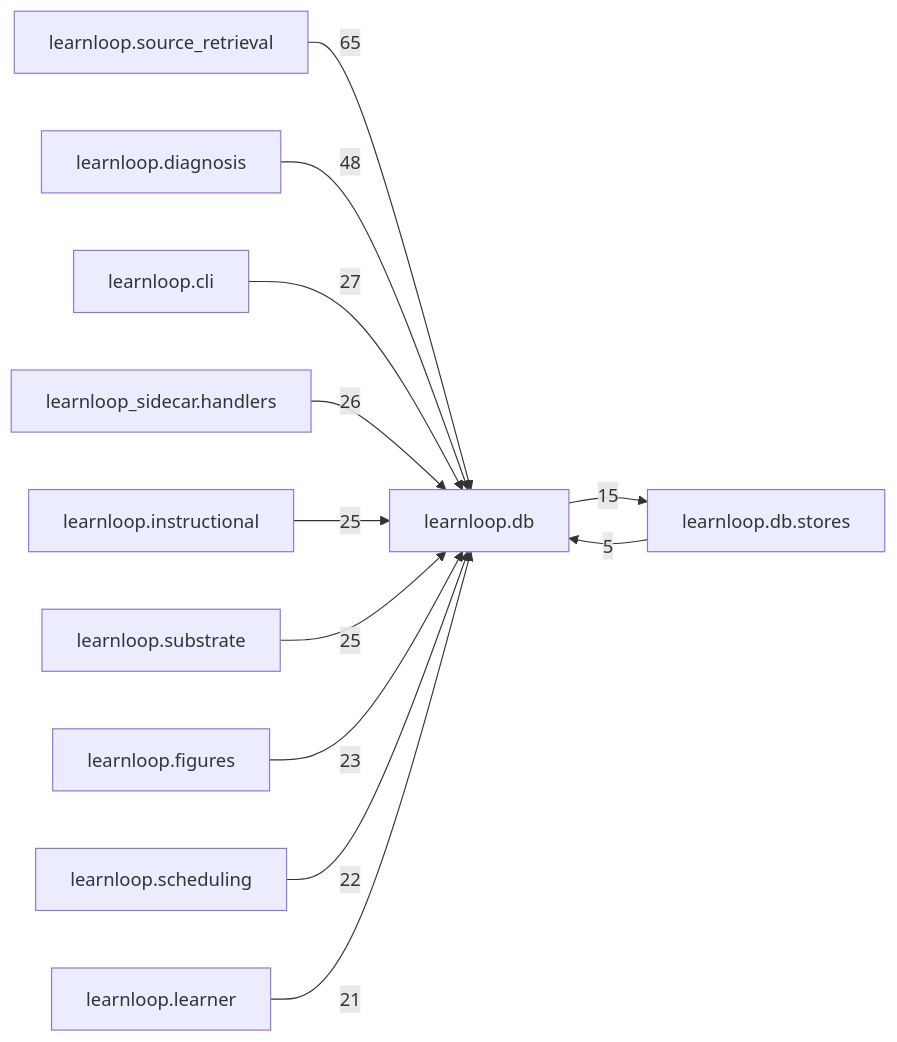
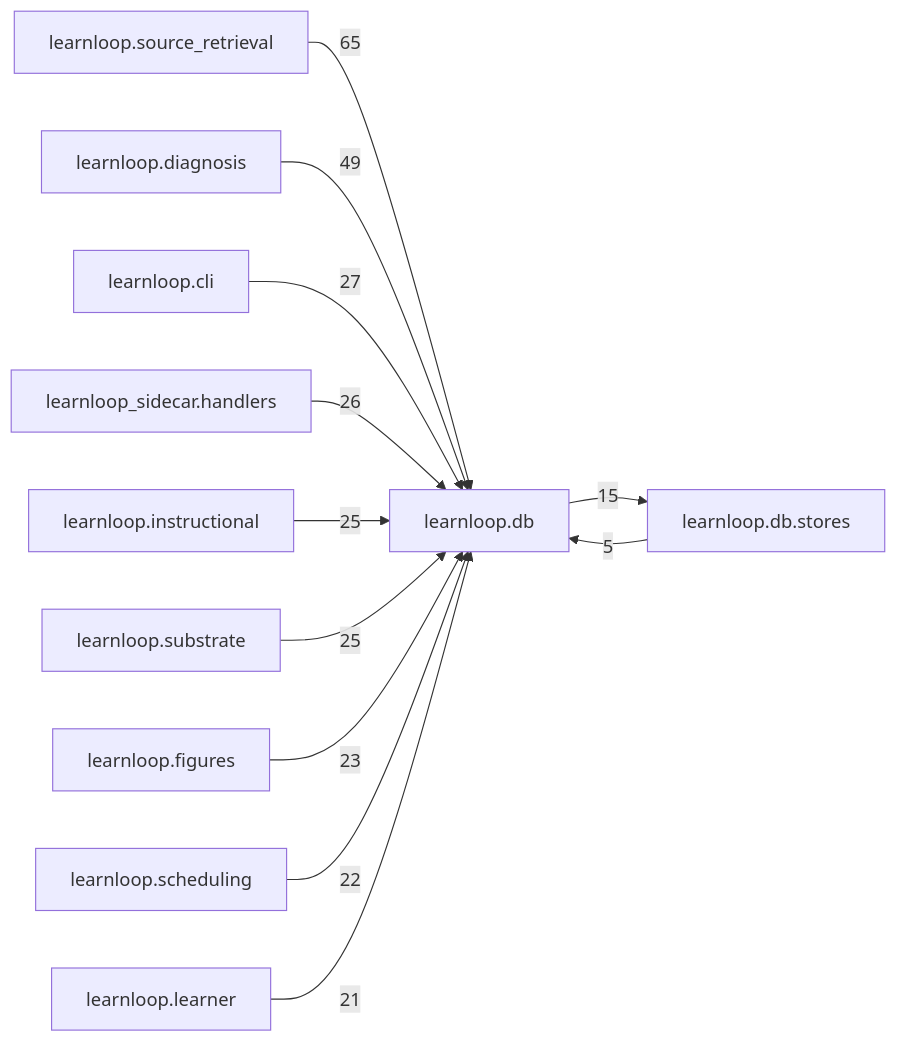
The diagram in docs/learnloop-architecture-vault/Reference/Modules/learnloop/db/_package.md (6up-b/learnanything), drawn with Mermaid before and after one commit. The commit also changed other lines of this file and 29 other files, not shown here.

````diff
--- a/docs/learnloop-architecture-vault/Reference/Modules/learnloop/db/_package.md
+++ b/docs/learnloop-architecture-vault/Reference/Modules/learnloop/db/_package.md
@@ -138,25 +138,25 @@
 ```mermaid
 flowchart LR
     center["learnloop.db"]
     n_learnloop_source_retrieval["learnloop.source_retrieval"]
     n_learnloop_diagnosis["learnloop.diagnosis"]
     n_learnloop_cli["learnloop.cli"]
     n_learnloop_sidecar_handlers["learnloop_sidecar.handlers"]
     n_learnloop_instructional["learnloop.instructional"]
     n_learnloop_substrate["learnloop.substrate"]
     n_learnloop_figures["learnloop.figures"]
     n_learnloop_scheduling["learnloop.scheduling"]
     n_learnloop_learner["learnloop.learner"]
     n_learnloop_db_stores["learnloop.db.stores"]
     n_learnloop_source_retrieval -->|65| center
-    n_learnloop_diagnosis -->|48| center
+    n_learnloop_diagnosis -->|49| center
     n_learnloop_cli -->|27| center
     n_learnloop_sidecar_handlers -->|26| center
     n_learnloop_instructional -->|25| center
     n_learnloop_substrate -->|25| center
     n_learnloop_figures -->|23| center
     n_learnloop_scheduling -->|22| center
     n_learnloop_learner -->|21| center
     n_learnloop_db_stores -->|5| center
     center -->|15| n_learnloop_db_stores
 ```
````
